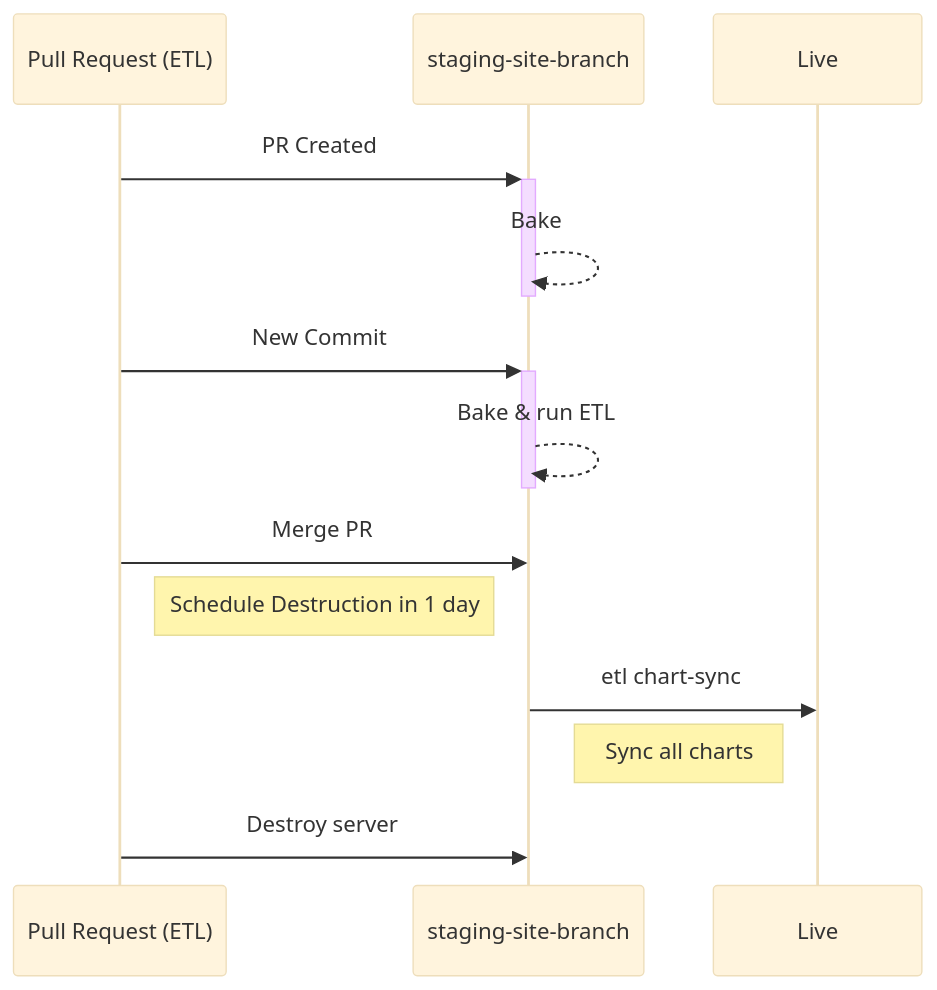
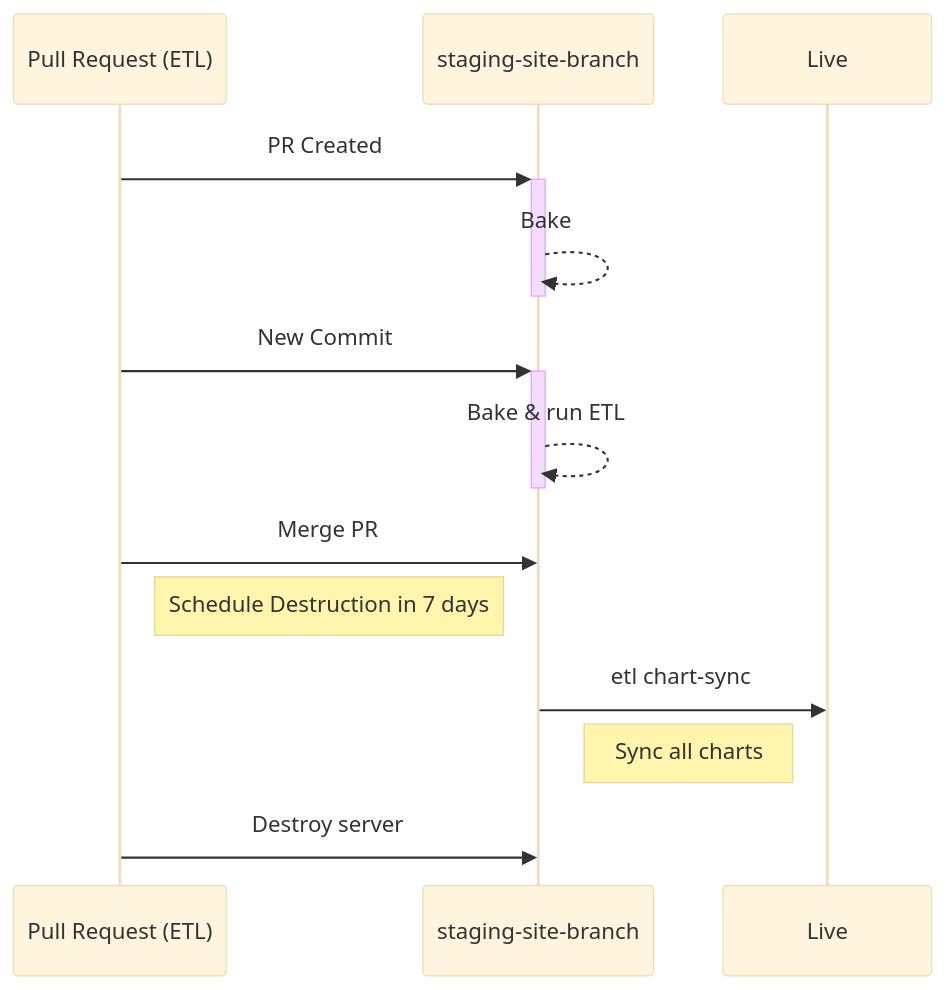
Before and after one commit to owid/etl: the first of 4 diagrams in docs/guides/staging-servers.md, drawn with Mermaid (base theme). The commit also changed other lines of this file and 1 other file, not shown here.

Commit message:
:scroll: improve docs about chart workflow

````diff
--- a/docs/guides/staging-servers.md
+++ b/docs/guides/staging-servers.md
@@ -18,16 +18,16 @@
 ```mermaid
 sequenceDiagram
     participant PR as Pull Request (ETL)
     participant SSB as staging-site-branch
     participant live as Live
 
     PR ->>+ SSB: PR Created
     SSB -->>- SSB: Bake
     PR ->>+ SSB: New Commit
     SSB -->>- SSB: Bake & run ETL
     PR ->> SSB: Merge PR
-    Note right of PR: Schedule Destruction in 1 day
+    Note right of PR: Schedule Destruction in 7 days
     SSB ->> live: etl chart-sync
     Note left of live: Sync all charts
     PR ->> SSB: Destroy server
 ```
````
